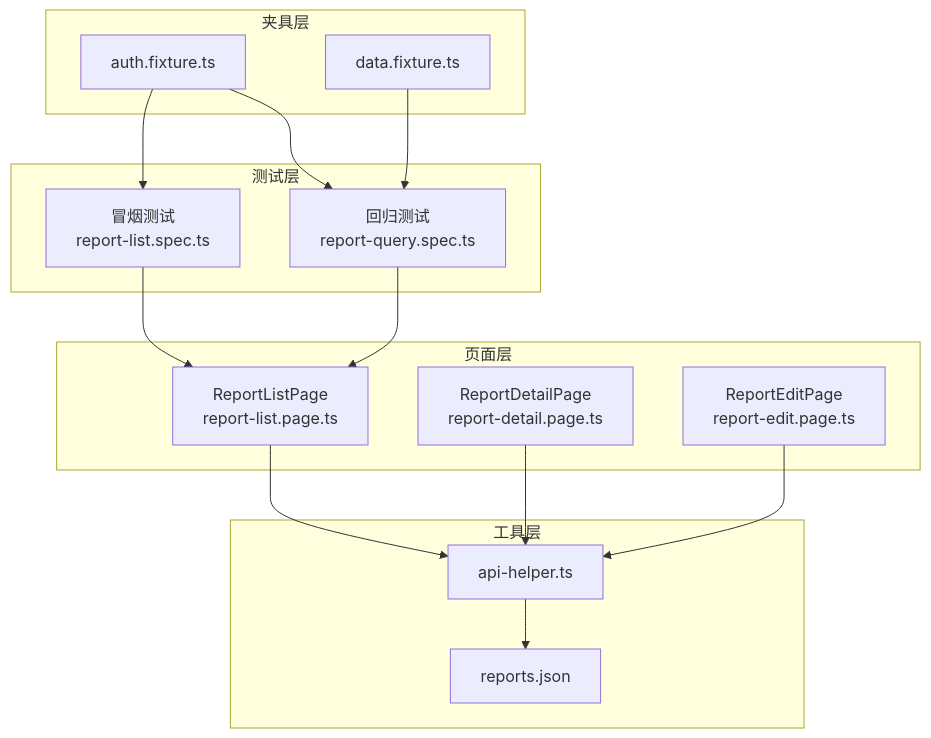
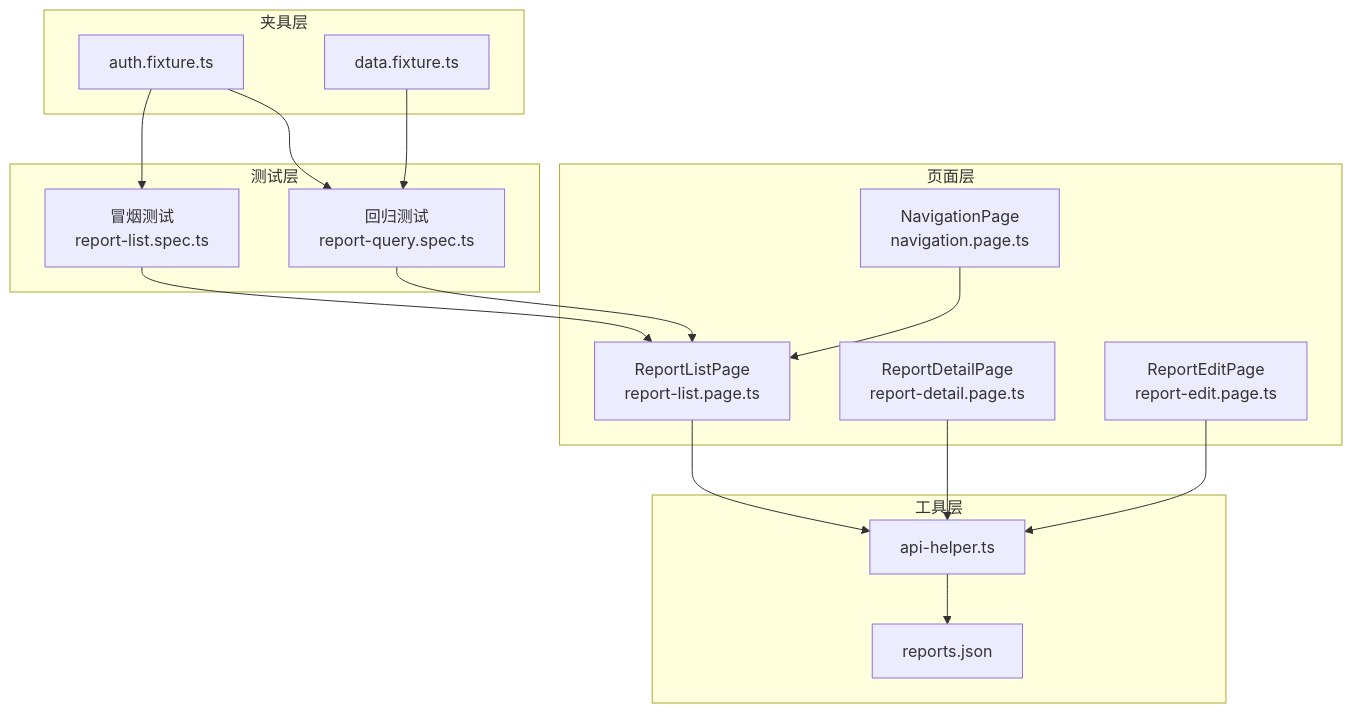
The first of 7 diagrams in .qoder/repowiki/zh/content/页面对象设计模式/报告列表页面.md (zzgoviziwind/--playwright), drawn with Mermaid before and after one commit. The commit also changed other lines of this file and 112 other files, not shown here.

````diff
--- a/.qoder/repowiki/zh/content/页面对象设计模式/报告列表页面.md
+++ b/.qoder/repowiki/zh/content/页面对象设计模式/报告列表页面.md
@@ -46,29 +57,31 @@
 ```mermaid
 graph TB
 subgraph "测试层"
 S1["冒烟测试<br/>report-list.spec.ts"]
 R1["回归测试<br/>report-query.spec.ts"]
 end
 subgraph "页面层"
 P1["ReportListPage<br/>report-list.page.ts"]
 P2["ReportDetailPage<br/>report-detail.page.ts"]
 P3["ReportEditPage<br/>report-edit.page.ts"]
+P4["NavigationPage<br/>navigation.page.ts"]
 end
 subgraph "夹具层"
 F1["auth.fixture.ts"]
 F2["data.fixture.ts"]
 end
 subgraph "工具层"
 U1["api-helper.ts"]
 D1["reports.json"]
 end
 S1 --> P1
 R1 --> P1
 P1 --> U1
 P2 --> U1
 P3 --> U1
+P4 --> P1
 F1 --> S1
 F1 --> R1
 F2 --> R1
 U1 --> D1
 ```
````
